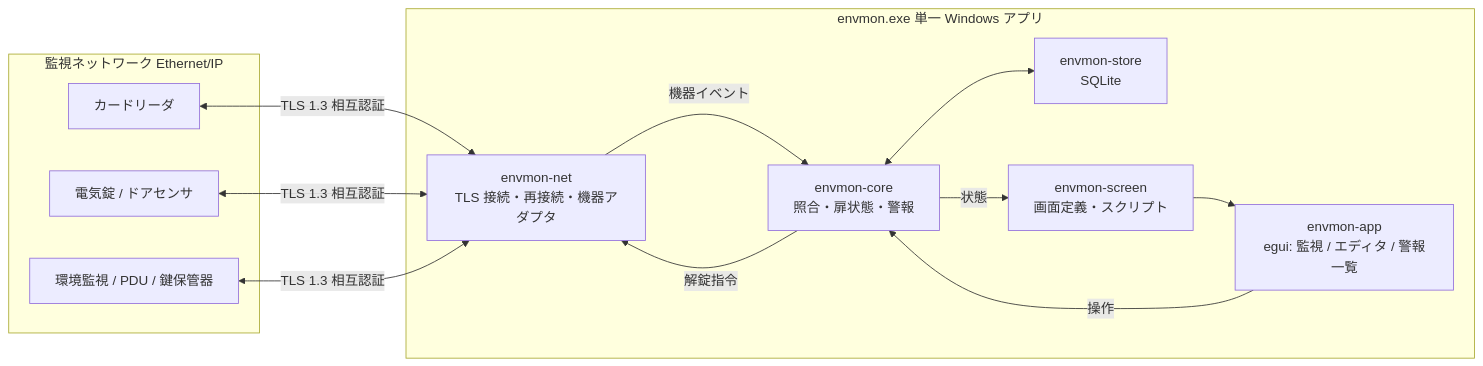
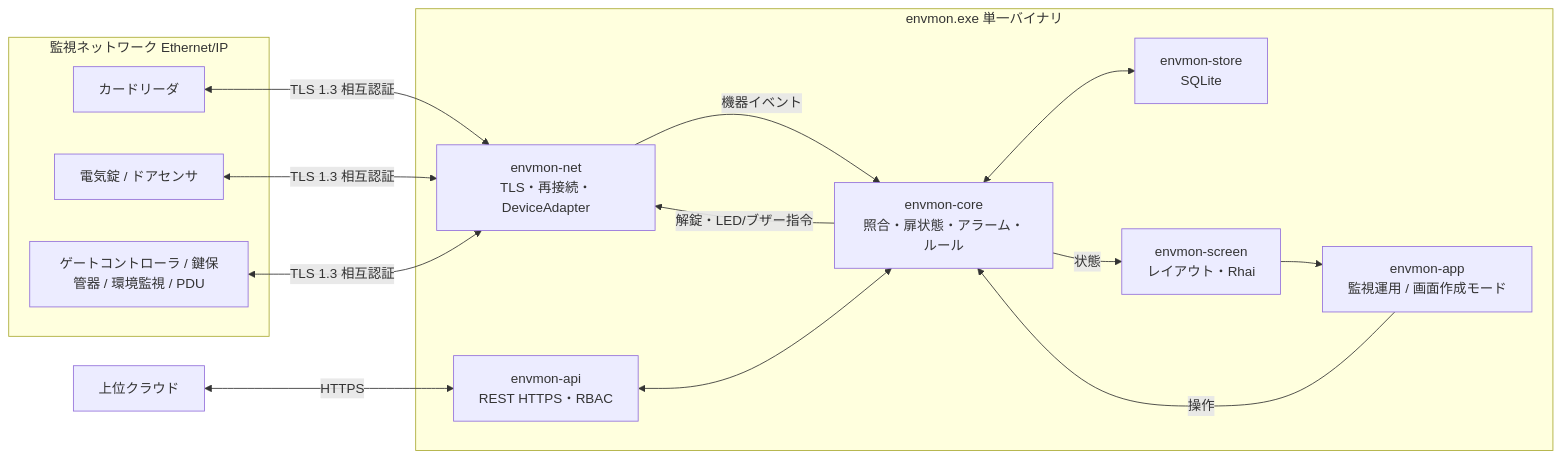
The first of 2 diagrams in docs/architecture.md (JetContrail/2026_11_17_Rust_GUI_ENV_Monitoring), drawn with Mermaid before and after one commit. The commit also changed other lines of this file and 3 other files, not shown here.

````diff
--- a/docs/architecture.md
+++ b/docs/architecture.md
@@ -7,21 +7,24 @@
 ```mermaid
 flowchart LR
     subgraph Devices[監視ネットワーク Ethernet/IP]
         R[カードリーダ]
         L[電気錠 / ドアセンサ]
-        E[環境監視 / PDU / 鍵保管器]
+        O[ゲートコントローラ / 鍵保管器 / 環境監視 / PDU]
     end
-    subgraph App[envmon.exe 単一 Windows アプリ]
-        N[envmon-net<br/>TLS 接続・再接続・機器アダプタ]
-        C[envmon-core<br/>照合・扉状態・警報]
+    subgraph App[envmon.exe 単一バイナリ]
+        N[envmon-net<br/>TLS・再接続・DeviceAdapter]
+        C[envmon-core<br/>照合・扉状態・アラーム・ルール]
         S[envmon-store<br/>SQLite]
-        V[envmon-screen<br/>画面定義・スクリプト]
-        G[envmon-app<br/>egui: 監視 / エディタ / 警報一覧]
+        V[envmon-screen<br/>レイアウト・Rhai]
+        G[envmon-app<br/>監視運用 / 画面作成モード]
+        A[envmon-api<br/>REST HTTPS・RBAC]
     end
-    R & L & E <-- TLS 1.3 相互認証 --> N
+    Cloud[上位クラウド]
+    R & L & O <-- TLS 1.3 相互認証 --> N
     N -- 機器イベント --> C
-    C -- 解錠指令 --> N
+    C -- 解錠・LED/ブザー指令 --> N
     C <--> S
     C -- 状態 --> V --> G
     G -- 操作 --> C
+    Cloud <-- HTTPS --> A <--> C
 ```
````
